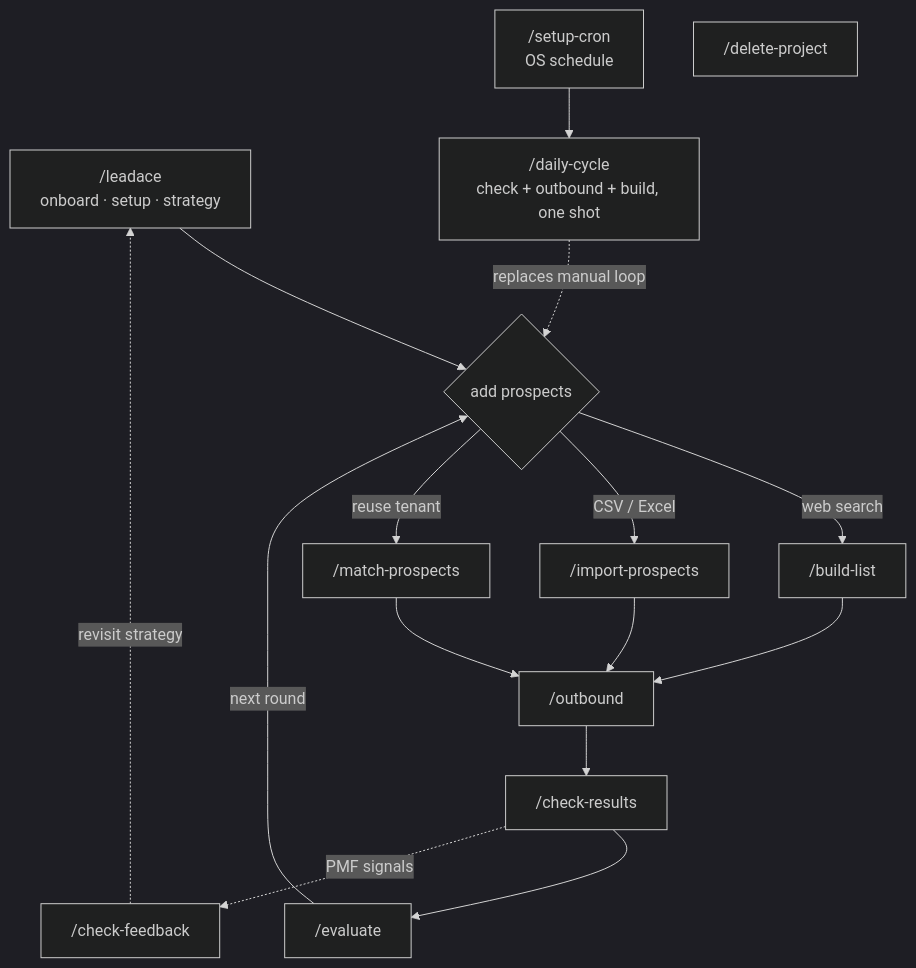
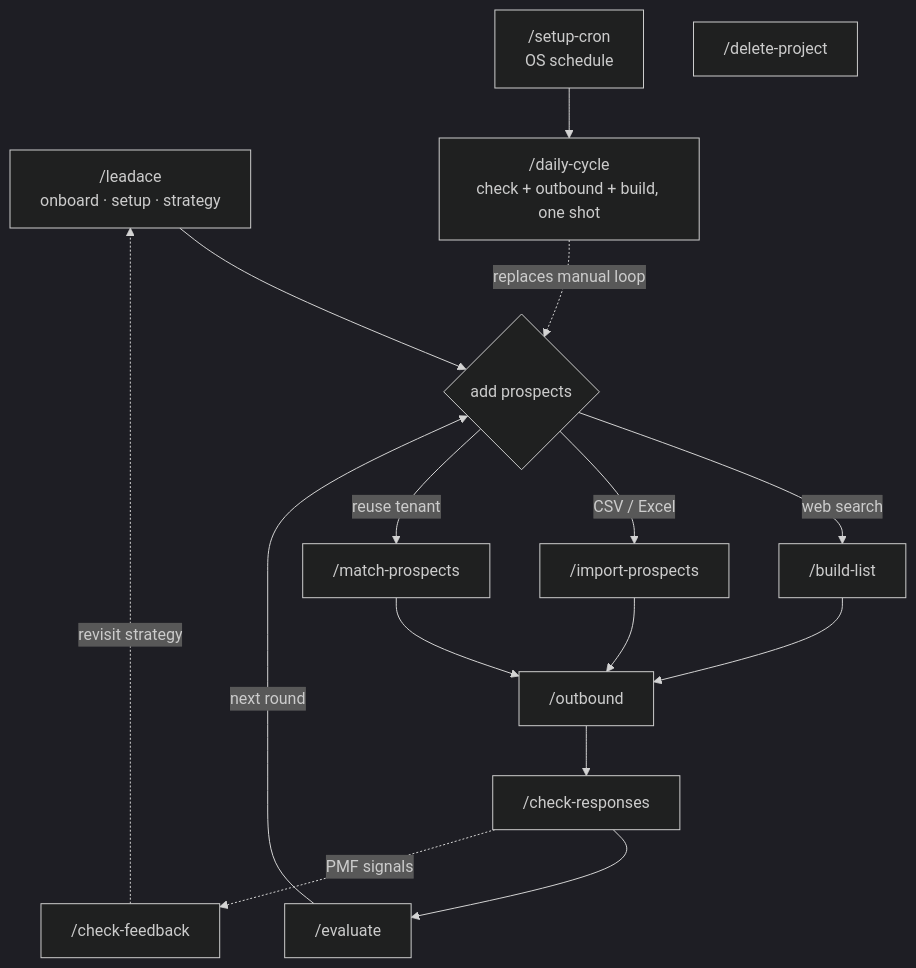
The diagram in README.md (aitit-inc/leadace), drawn with Mermaid (dark theme) before and after one commit. The commit also changed other lines of this file and 14 other files, not shown here.

````diff
--- a/README.md
+++ b/README.md
@@ -71,25 +71,25 @@
 ```mermaid
 flowchart TD
   LA["/leadace<br/>onboard · setup · strategy"] --> P{add prospects}
 
   P -- web search --> BL["/build-list"]
   P -- CSV / Excel --> IP["/import-prospects"]
   P -- reuse tenant --> MP["/match-prospects"]
 
   BL --> OB["/outbound"]
   IP --> OB
   MP --> OB
 
-  OB --> CR["/check-results"]
+  OB --> CR["/check-responses"]
   CR --> EV["/evaluate"]
   EV -- next round --> P
 
   CR -. PMF signals .-> CF["/check-feedback"]
   CF -. revisit strategy .-> LA
 
   DC["/daily-cycle<br/>check + outbound + build, one shot"]
   SC["/setup-cron<br/>OS schedule"] --> DC
   DC -. replaces manual loop .-> P
 
   DEL["/delete-project"]
 ```
````
